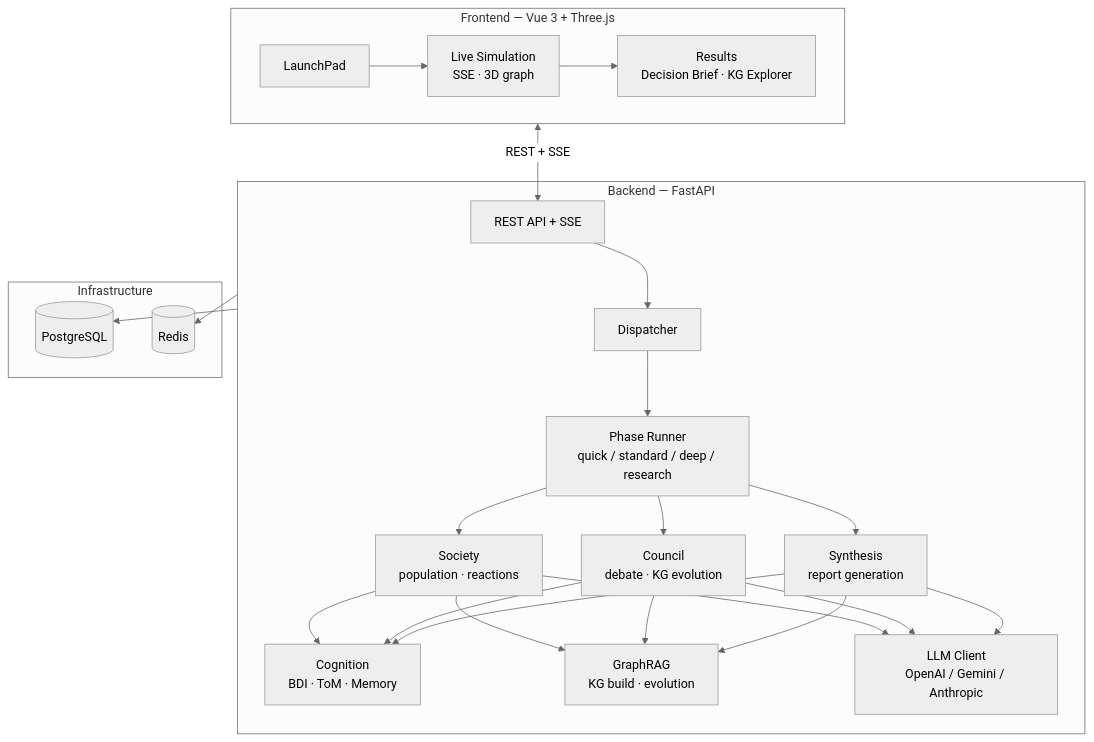
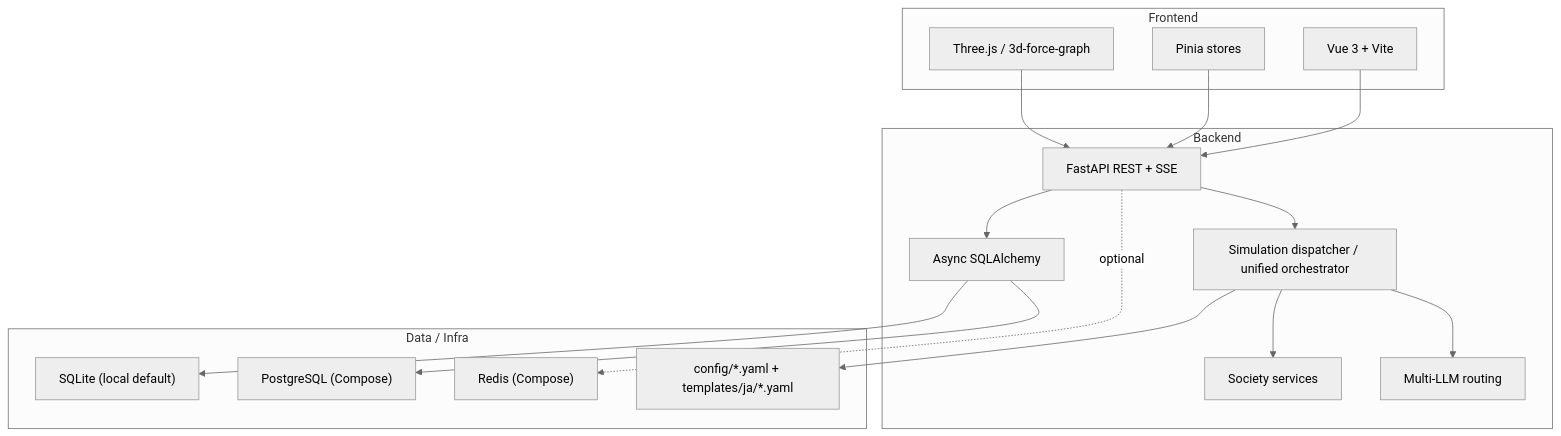
Before and after one commit to usagi917/agoraAI: the diagram in README.en.md, drawn with Mermaid (neutral theme). The commit also changed other lines of this file and 11 other files, not shown here.

Commit message:
Complete independence re-aggregation observability flow

````diff
--- a/README.en.md
+++ b/README.en.md
@@ -48,26 +74,35 @@
 ```mermaid
 flowchart TB
-    subgraph Frontend["Frontend — Vue 3 + Three.js"]
-        LP[LaunchPad] --> SIM[Live Simulation\nSSE · 3D graph]
-        SIM --> RES[Results\nDecision Brief · KG Explorer]
+    subgraph Frontend["Frontend"]
+        UI["Vue 3 + Vite"]
+        STORE["Pinia stores"]
+        GRAPH["Three.js / 3d-force-graph"]
     end
 
-    subgraph Backend["Backend — FastAPI"]
-        API[REST API + SSE] --> DISP[Dispatcher]
-        DISP --> PHASE[Phase Runner\nquick / standard / deep / research]
-        PHASE --> SOC[Society\npopulation · reactions]
-        PHASE --> COU[Council\ndebate · KG evolution]
-        PHASE --> SYN[Synthesis\nreport generation]
-        SOC & COU & SYN --> COG[Cognition\nBDI · ToM · Memory]
-        SOC & COU & SYN --> GRAG[GraphRAG\nKG build · evolution]
-        SOC & COU & SYN --> LLM[LLM Client\nOpenAI / Gemini / Anthropic]
+    subgraph Backend["Backend"]
+        API["FastAPI REST + SSE"]
+        ORCH["Simulation dispatcher / unified orchestrator"]
+        SOC["Society services"]
+        LLM["Multi-LLM routing"]
+        DB["Async SQLAlchemy"]
     end
 
-    subgraph Infra["Infrastructure"]
-        PG[(PostgreSQL)]
-        RD[(Redis)]
+    subgraph Data["Data / Infra"]
+        SQLITE["SQLite (local default)"]
+        POSTGRES["PostgreSQL (Compose)"]
+        REDIS["Redis (Compose)"]
+        CFG["config/*.yaml + templates/ja/*.yaml"]
     end
 
-    Frontend <-->|REST + SSE| API
-    Backend --> PG & RD
+    UI --> API
+    STORE --> API
+    GRAPH --> API
+    API --> ORCH
+    ORCH --> SOC
+    ORCH --> LLM
+    API --> DB
+    DB --> SQLITE
+    DB --> POSTGRES
+    ORCH --> CFG
+    API -. optional .-> REDIS
 ```
````
